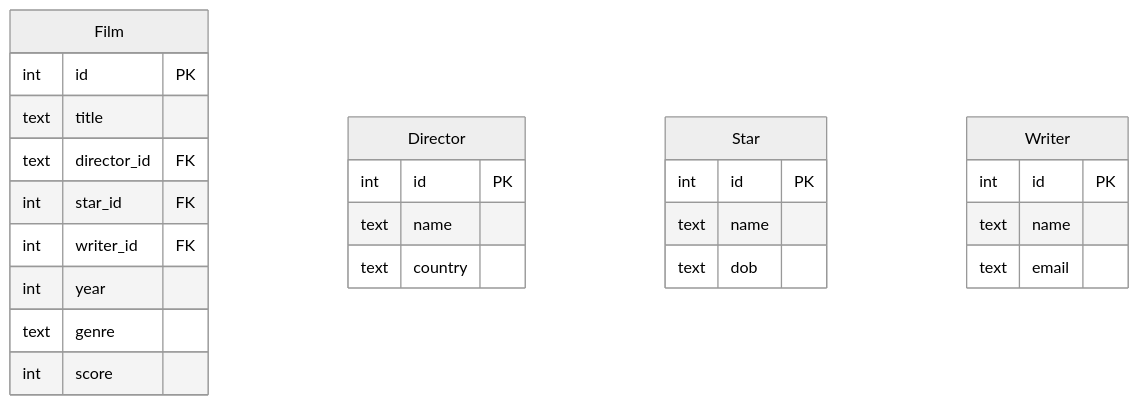
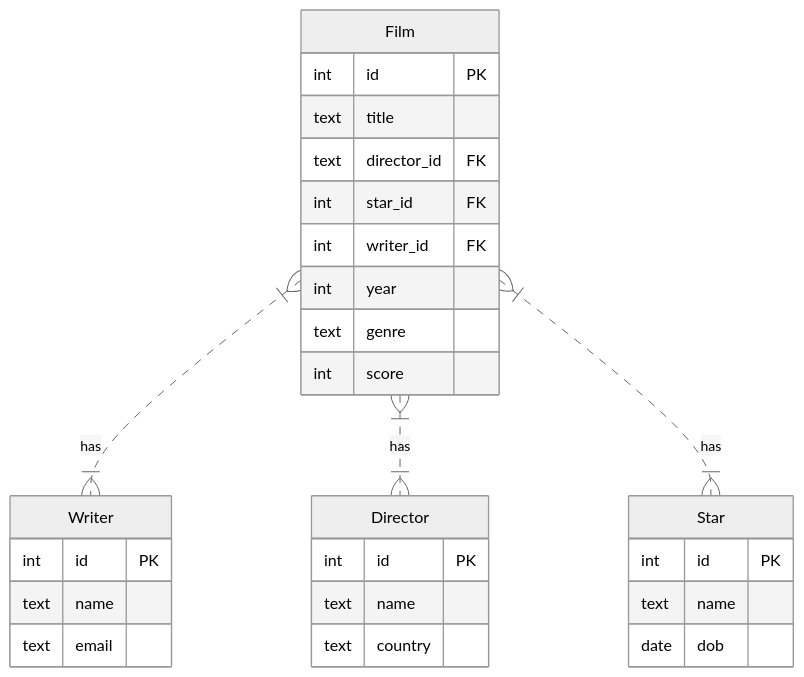
One commit to boolean-uk/java-apis-sql-relations-and-joins changed the diagram in er-diagram.mmd. Above: the diagram before and after it, drawn with Mermaid (neutral theme). The commit also changed other lines of this file and 6 other files, not shown here.

```diff
--- a/er-diagram.mmd
+++ b/er-diagram.mmd
@@ -1,29 +1,33 @@
 erDiagram
     Film {
         int id PK
         text title
         text director_id FK
         int star_id FK
         int writer_id FK
         int year
         text genre
         int score
     }
 
     Director {
         int id PK
         text name
         text country
     }
 
     Star {
         int id PK
         text name
-        text dob
+        date dob
     }
 
     Writer {
         int id PK
         text name
         text email
     }
+
+    Film }|..|{ Writer: has
+    Film }|..|{ Director: has
+    Film }|..|{ Star: has
```
